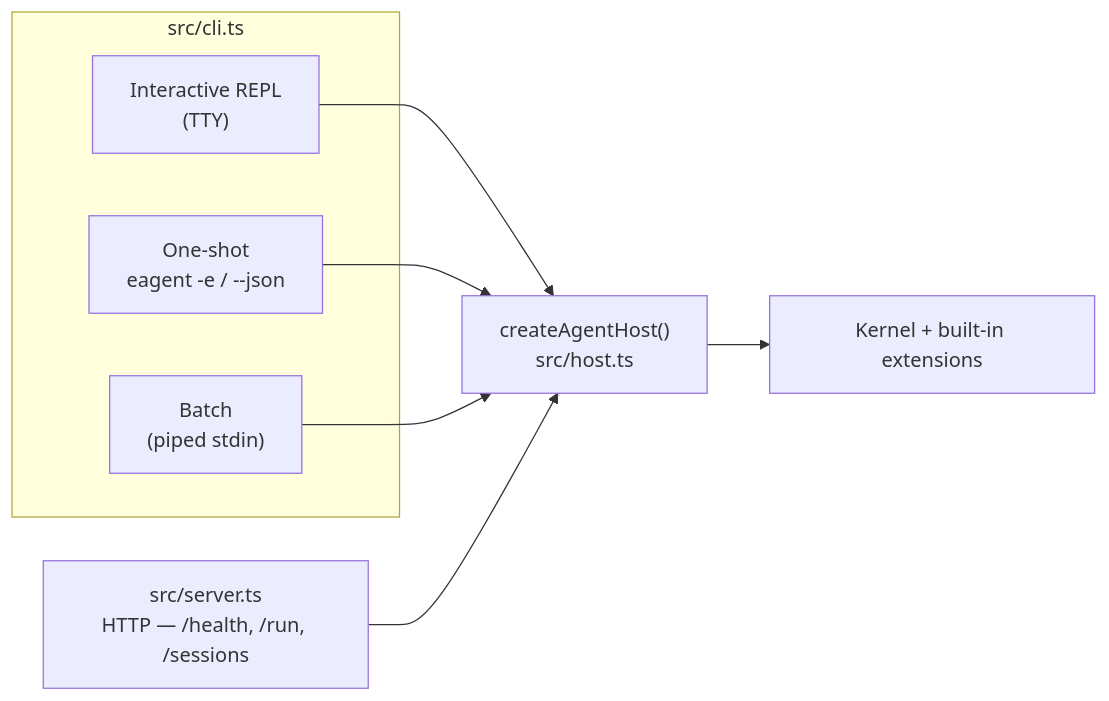
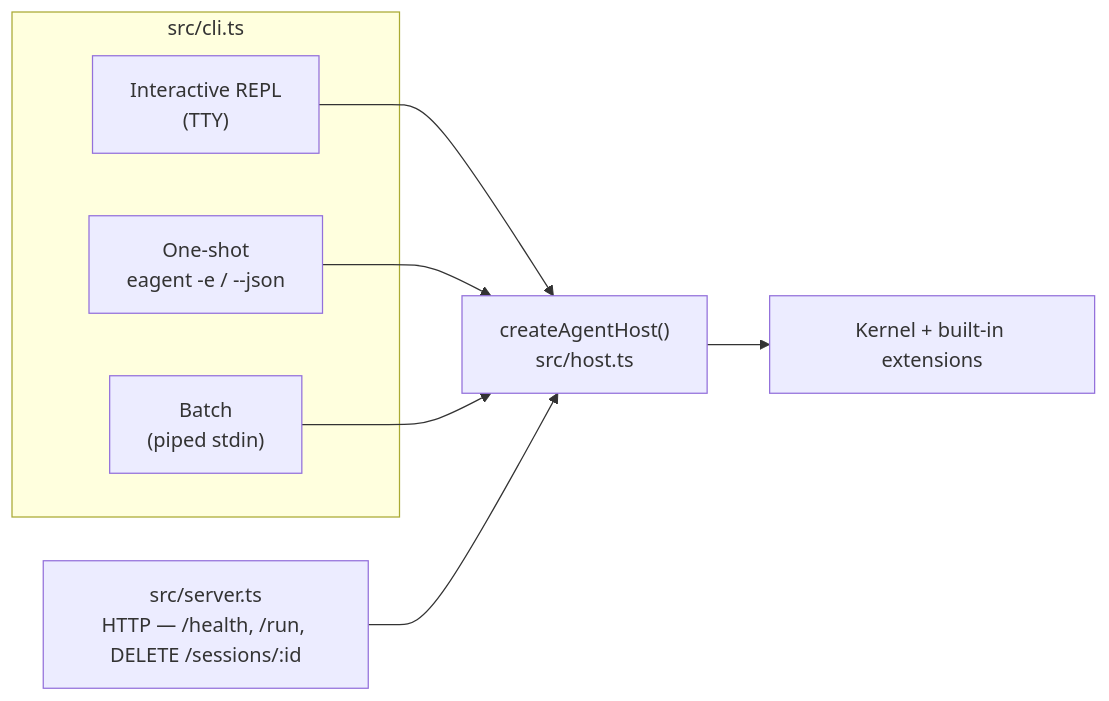
The fifth of 5 diagrams in README.md (caohaotiantian/EAgent), drawn with Mermaid before and after one commit. The commit also changed other lines of this file and 40 other files, not shown here.

First line of the commit message:
Review remediation, config ergonomics, and flow-guard (compositional capability policy)

````diff
--- a/README.md
+++ b/README.md
@@ -241,16 +249,16 @@
 ```mermaid
 flowchart LR
     subgraph CLI["src/cli.ts"]
         REPL["Interactive REPL<br/>(TTY)"]
         ONE["One-shot<br/>eagent -e / --json"]
         BATCH["Batch<br/>(piped stdin)"]
     end
-    SRV["src/server.ts<br/>HTTP — /health, /run, /sessions"]
+    SRV["src/server.ts<br/>HTTP — /health, /run, DELETE /sessions/:id"]
     HOST["createAgentHost()<br/>src/host.ts"]
     K["Kernel + built-in extensions"]
     REPL --> HOST
     ONE --> HOST
     BATCH --> HOST
     SRV --> HOST
     HOST --> K
 ```
````
